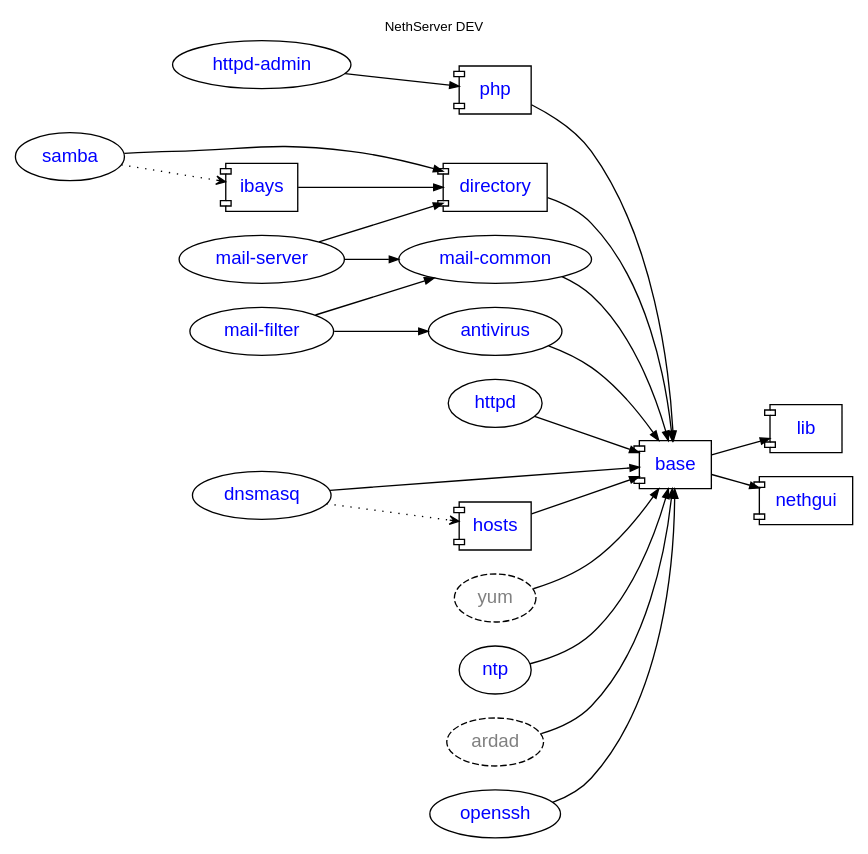
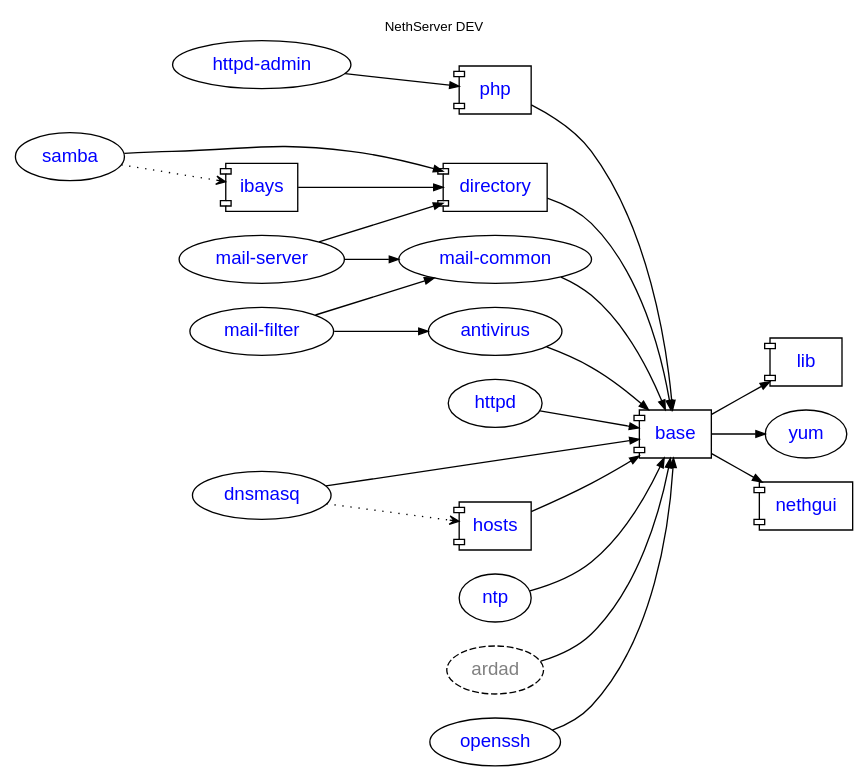
Before and after one commit to nethesis/dev-nethesis-it: the diagram in nethserver/package-dependencies.dot, drawn with Graphviz.

Commit message:
Base -> Yum dependency

```diff
--- a/nethserver/package-dependencies.dot
+++ b/nethserver/package-dependencies.dot
@@ -1,51 +1,51 @@
 digraph DEV {
     rankdir = "LR"; compound = true; concentrate = true; fontname = "Helvetica"; fontnames="svg"; fontsize=10.0; label="NethServer DEV"; labelloc = "t"
 
     node [shape="oval",fontname="Helvetica"];
     edge [arrowsize=0.7];
 
     httpd_admin [fontcolor=blue,label="httpd-admin",URL="http://dev.nethesis.it/projects/nethserver-httpd-admin"];
     base [fontcolor=blue,URL="http://dev.nethesis.it/projects/nethserver-base",shape="component"];
     directory [fontcolor=blue,URL="http://dev.nethesis.it/projects/nethserver-directory",shape="component"];    
     samba [fontcolor=blue,URL="http://dev.nethesis.it/projects/nethserver-samba"];    
     ibays [fontcolor=blue,URL="http://dev.nethesis.it/projects/nethserver-ibays",shape="component"];    
     lib [fontcolor=blue,URL="http://dev.nethesis.it/projects/nethserver-lib",shape="component"];    
     httpd [fontcolor=blue,URL="http://dev.nethesis.it/projects/nethserver-httpd"];    
     hosts [fontcolor=blue,URL="http://dev.nethesis.it/projects/nethserver-hosts",shape="component"];
     php [fontcolor=blue,URL="http://dev.nethesis.it/projects/nethserver-php",shape="component"];
-    yum [fontcolor=gray,URL="http://dev.nethesis.it/projects/nethserver-yum",style="dashed"];
+    yum [fontcolor=blue,URL="http://dev.nethesis.it/projects/nethserver-yum"];
     ntp [fontcolor=blue,URL="http://dev.nethesis.it/projects/nethserver-ntp"];
     dnsmasq [fontcolor=blue,URL="http://dev.nethesis.it/projects/nethserver-dnsmasq"];
     mails [label="mail-server",fontcolor=blue,URL="http://dev.nethesis.it/projects/nethserver-mail-server"];
     mailf [label="mail-filter",fontcolor=blue,URL="http://dev.nethesis.it/projects/nethserver-mail-filter"];
     mailc [label="mail-common",fontcolor=blue,URL="http://dev.nethesis.it/projects/nethserver-mail-common"];
     ardad [fontcolor=gray,style="dashed"];
     nethgui [fontcolor=blue,URL="http://dev.nethesis.it/projects/nethgui",shape="component"];    
     openssh [fontcolor=blue,URL="http://dev.nethesis.it/projects/nethserver-openssh"];
     antivirus [fontcolor=blue,URL="http://dev.nethesis.it/projects/nethserver-antivirus"];
 
                
     base -> lib
     base -> nethgui
     openssh -> base
     directory -> base
     samba -> directory
     ibays -> directory
     httpd -> base
     dnsmasq -> hosts [style=dotted,arrowhead=vee];
     dnsmasq -> base
     hosts -> base
     httpd_admin -> php
     samba -> ibays [style=dotted,arrowhead=vee];
-    yum -> base
+    base -> yum
     ntp -> base
     php -> base
     mails -> directory
     mails -> mailc
     mailf -> mailc
     mailf -> antivirus
     mailc -> base
     ardad -> base
     antivirus -> base
 
 }
```
